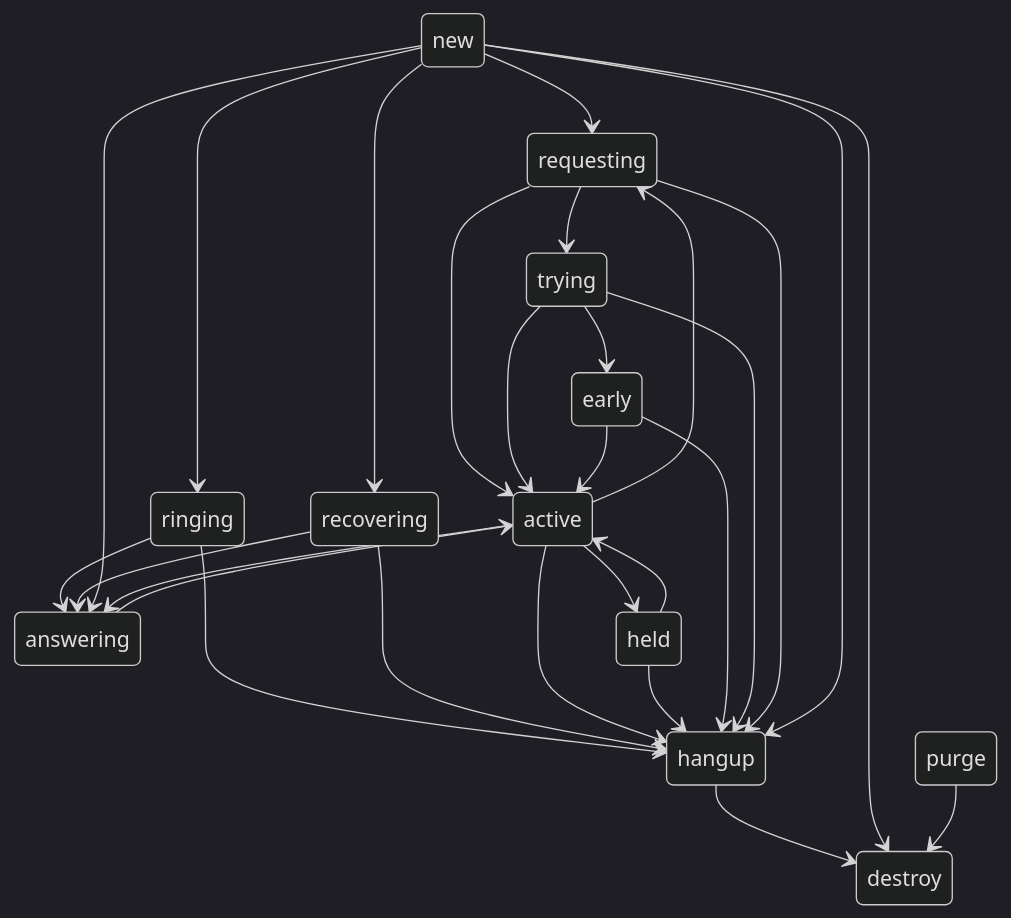
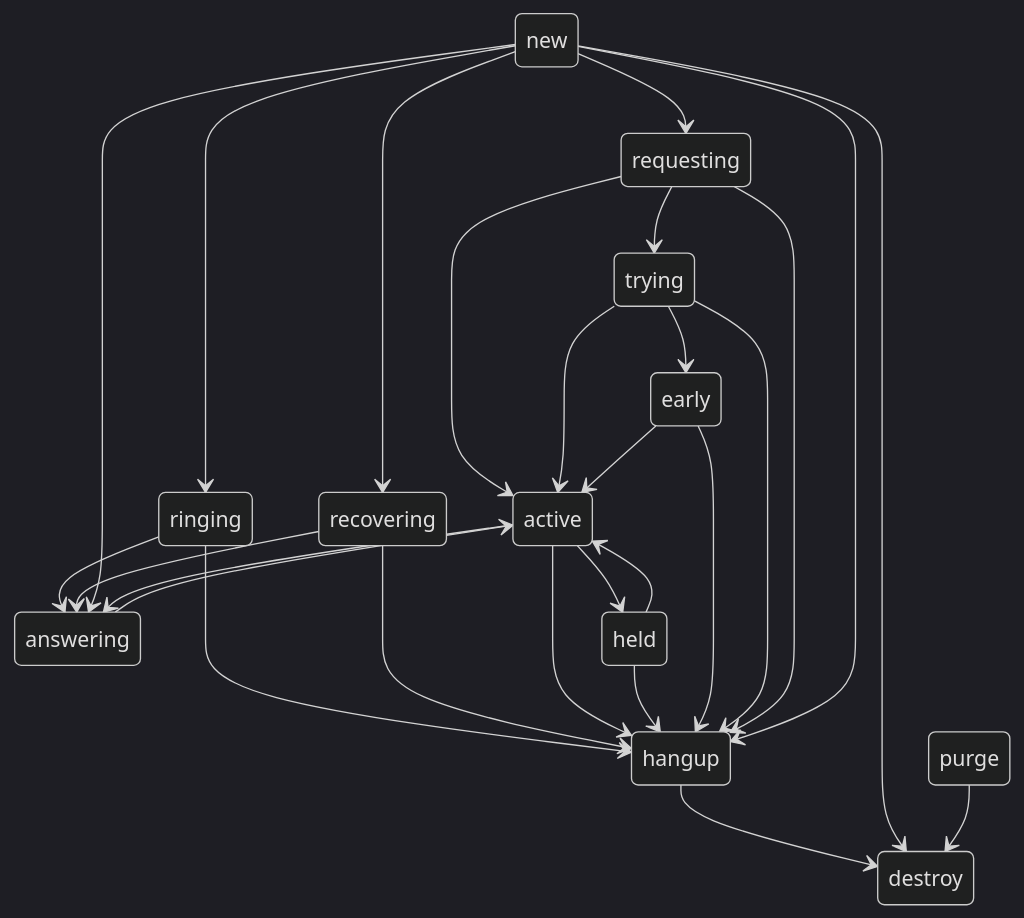
Before and after one commit to bjenning04/foam: the fourth of 4 diagrams in verto-design.md, drawn with Mermaid (dark theme).

Commit message:
May 4, 2026, 5:36 PM

````diff
--- a/verto-design.md
+++ b/verto-design.md
@@ -318,37 +318,38 @@
 ```mermaid
 stateDiagram
     new --> requesting
-    active --> requesting
+    
 
     requesting --> trying
 
     new --> ringing
     new --> recovering
     trying --> early
 
     answering --> active
+    
     requesting --> active
     trying --> active
     early --> active
     held --> active
 
     ringing --> answering
     recovering --> answering
     new --> answering
     active --> answering
 
     active --> held
 
     ringing --> hangup
     recovering --> hangup
     active --> hangup
     held --> hangup
     early --> hangup
     trying --> hangup
     requesting --> hangup
     new --> hangup
 
     hangup --> destroy
     new --> destroy
     purge --> destroy
 ```
````
